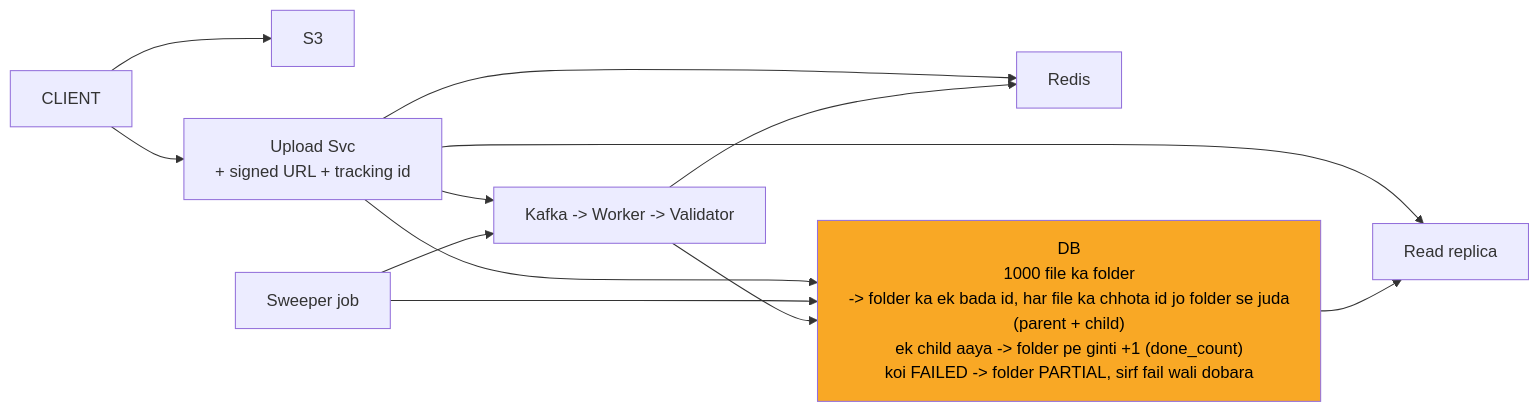
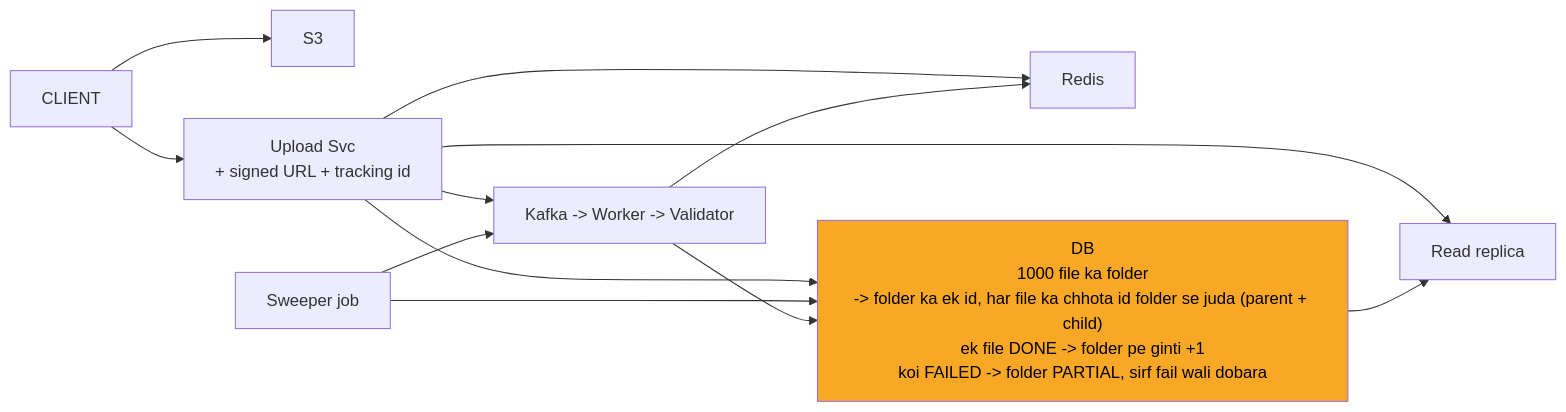
One commit to ArpanMaheshwari144/Prep changed the diagram in 04_HLD/SYSTEM_DESIGNS/07_file_upload_validate_system/img/c6.mmd. Above: the diagram before and after it, drawn with Mermaid. The commit also changed 38 other files, not shown here.

```diff
--- a/04_HLD/SYSTEM_DESIGNS/07_file_upload_validate_system/img/c6.mmd
+++ b/04_HLD/SYSTEM_DESIGNS/07_file_upload_validate_system/img/c6.mmd
@@ -1,22 +1,22 @@
 %%{init: {"flowchart": {"wrappingWidth": 450}}}%%
 flowchart LR
     n_CLIENT["CLIENT"]
     n_S3["S3"]
     n_Upload_Svc["Upload Svc<br/>+ signed URL + tracking id"]
     n_Redis["Redis"]
-    n_DB["DB<br/>1000 file ka folder<br/>-> folder ka ek bada id, har file ka chhota id jo folder se juda<br/>(parent + child)<br/>ek child aaya -> folder pe ginti +1 (done_count)<br/>koi FAILED -> folder PARTIAL, sirf fail wali dobara"]
+    n_DB["DB<br/>1000 file ka folder<br/>-> folder ka ek id, har file ka chhota id folder se juda (parent + child)<br/>ek file DONE -> folder pe ginti +1<br/>koi FAILED -> folder PARTIAL, sirf fail wali dobara"]
     n_Read_replica["Read replica"]
     n_Sweeper_job["Sweeper job"]
     n_CHAIN["Kafka -> Worker -> Validator"]
     n_CLIENT --> n_S3
     n_CLIENT --> n_Upload_Svc
     n_Upload_Svc --> n_Redis
     n_Upload_Svc --> n_DB
     n_Upload_Svc --> n_Read_replica
     n_DB --> n_Read_replica
     n_Upload_Svc --> n_CHAIN
     n_Sweeper_job --> n_DB
     n_Sweeper_job --> n_CHAIN
     n_CHAIN --> n_DB
     n_CHAIN --> n_Redis
     style n_DB fill:#f9a825,color:#000
```
